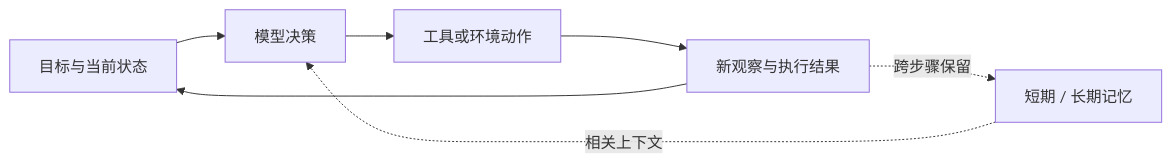
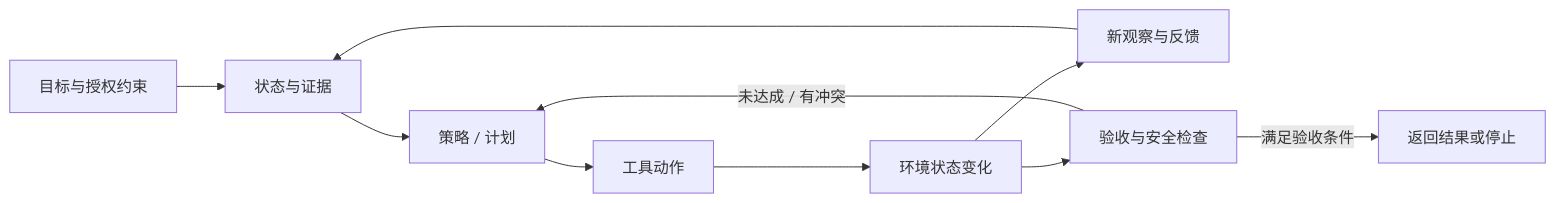
The diagram in Agents/AgentSystems/report.md (zhoucanzong/ResearchReport), drawn with Mermaid before and after one commit. The commit also changed other lines of this file and 11 other files, not shown here.

````diff
--- a/Agents/AgentSystems/report.md
+++ b/Agents/AgentSystems/report.md
@@ -15,9 +24,12 @@
 ```mermaid
 flowchart LR
-    G[目标与当前状态] --> M[模型决策]
-    M --> A[工具或环境动作]
-    A --> O[新观察与执行结果]
-    O --> G
-    O -. 跨步骤保留 .-> H[短期 / 长期记忆]
-    H -. 相关上下文 .-> M
+    G[目标与授权约束] --> S[状态与证据]
+    S --> P[策略 / 计划]
+    P --> A[工具动作]
+    A --> E[环境状态变化]
+    E --> O[新观察与反馈]
+    O --> S
+    E --> V[验收与安全检查]
+    V -->|未达成 / 有冲突| P
+    V -->|满足验收条件| D[返回结果或停止]
 ```
````
